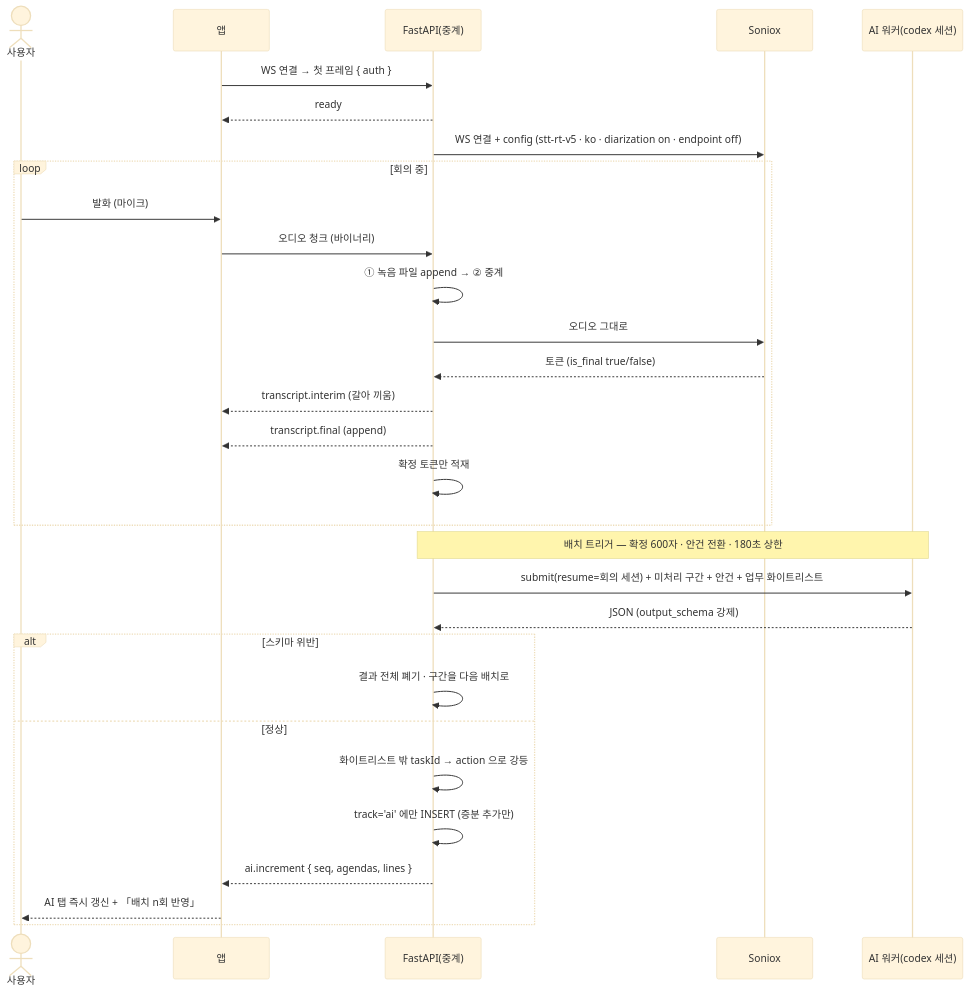
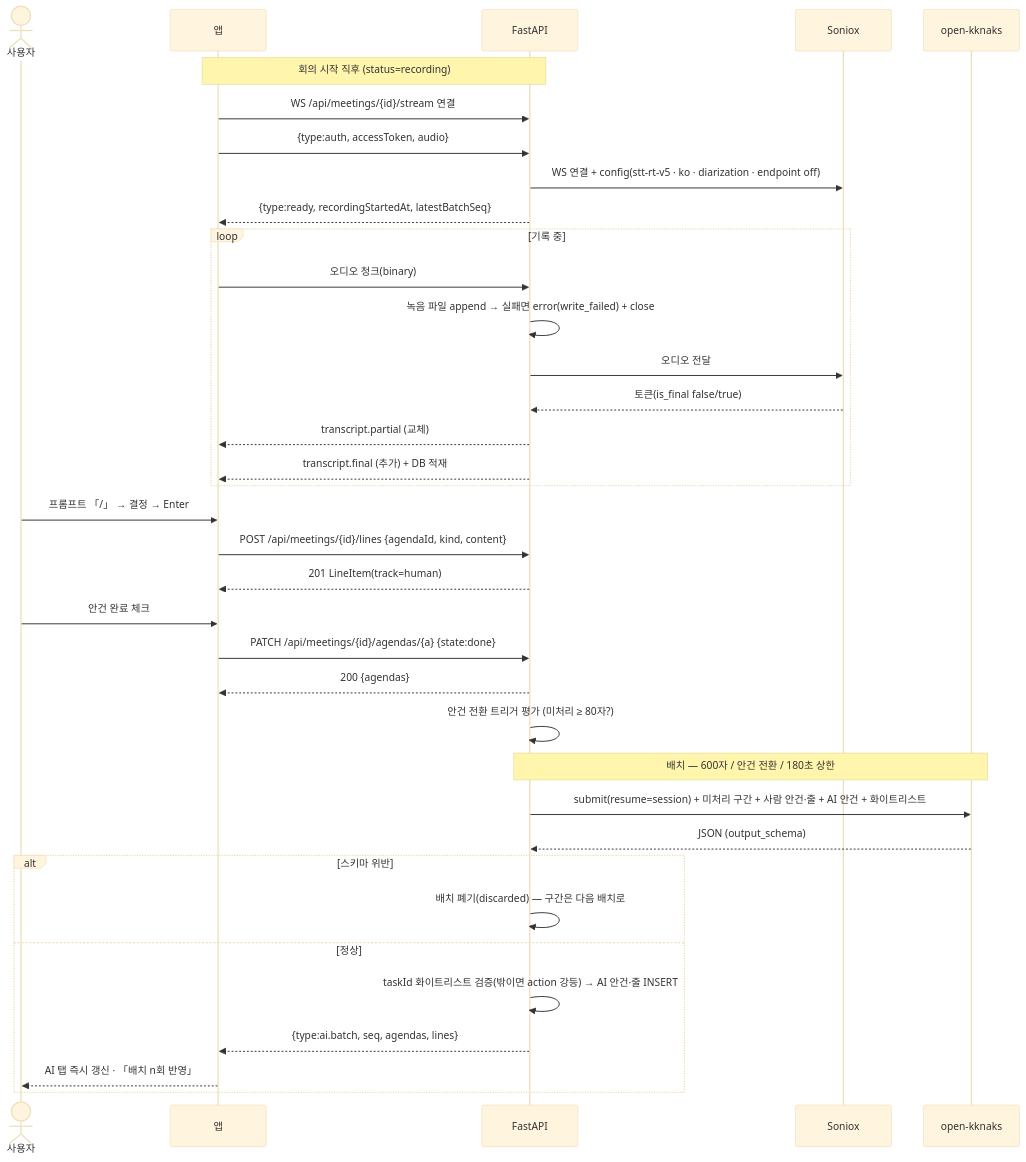
One commit to kknaks/kknaks_profile changed the first of 2 diagrams in para/projects/summer-star/task-management/20-spec/spec-007-meeting-live.md. Above: the diagram before and after it, drawn with Mermaid (base theme). The commit also changed other lines of this file and 14 other files, not shown here.

````diff
--- a/para/projects/summer-star/task-management/20-spec/spec-007-meeting-live.md
+++ b/para/projects/summer-star/task-management/20-spec/spec-007-meeting-live.md
@@ -309,35 +481,42 @@
 ```mermaid
 sequenceDiagram
     actor User as 사용자
     participant FE as 앱
-    participant BE as FastAPI(중계)
+    participant BE as FastAPI
     participant SX as Soniox
-    participant Q as AI 워커(codex 세션)
+    participant Q as open-kknaks
 
-    FE->>BE: WS 연결 → 첫 프레임 { auth }
-    BE-->>FE: ready
-    BE->>SX: WS 연결 + config (stt-rt-v5 · ko · diarization on · endpoint off)
-
-    loop 회의 중
-        User->>FE: 발화 (마이크)
-        FE->>BE: 오디오 청크 (바이너리)
-        BE->>BE: ① 녹음 파일 append → ② 중계
-        BE->>SX: 오디오 그대로
-        SX-->>BE: 토큰 (is_final true/false)
-        BE-->>FE: transcript.interim (갈아 끼움)
-        BE-->>FE: transcript.final (append)
-        BE->>BE: 확정 토큰만 적재
+    Note over FE,BE: 회의 시작 직후 (status=recording)
+    FE->>BE: WS /api/meetings/{id}/stream 연결
+    FE->>BE: {type:auth, accessToken, audio}
+    BE->>SX: WS 연결 + config(stt-rt-v5 · ko · diarization · endpoint off)
+    BE-->>FE: {type:ready, recordingStartedAt, latestBatchSeq}
+    loop 기록 중
+        FE->>BE: 오디오 청크(binary)
+        BE->>BE: 녹음 파일 append → 실패면 error(write_failed) + close
+        BE->>SX: 오디오 전달
+        SX-->>BE: 토큰(is_final false/true)
+        BE-->>FE: transcript.partial (교체)
+        BE-->>FE: transcript.final (추가) + DB 적재
     end
 
-    Note over BE,Q: 배치 트리거 — 확정 600자 · 안건 전환 · 180초 상한
-    BE->>Q: submit(resume=회의 세션) + 미처리 구간 + 안건 + 업무 화이트리스트
-    Q-->>BE: JSON (output_schema 강제)
+    User->>FE: 프롬프트 「/」 → 결정 → Enter
+    FE->>BE: POST /api/meetings/{id}/lines {agendaId, kind, content}
+    BE-->>FE: 201 LineItem(track=human)
+
+    User->>FE: 안건 완료 체크
+    FE->>BE: PATCH /api/meetings/{id}/agendas/{a} {state:done}
+    BE-->>FE: 200 {agendas}
+    BE->>BE: 안건 전환 트리거 평가 (미처리 ≥ 80자?)
+
+    Note over BE,Q: 배치 — 600자 / 안건 전환 / 180초 상한
+    BE->>Q: submit(resume=session) + 미처리 구간 + 사람 안건·줄 + AI 안건 + 화이트리스트
+    Q-->>BE: JSON (output_schema)
     alt 스키마 위반
-        BE->>BE: 결과 전체 폐기 · 구간을 다음 배치로
+        BE->>BE: 배치 폐기(discarded) — 구간은 다음 배치로
     else 정상
-        BE->>BE: 화이트리스트 밖 taskId → action 으로 강등
-        BE->>BE: track='ai' 에만 INSERT (증분 추가만)
-        BE-->>FE: ai.increment { seq, agendas, lines }
-        FE-->>User: AI 탭 즉시 갱신 + 「배치 n회 반영」
+        BE->>BE: taskId 화이트리스트 검증(밖이면 action 강등) → AI 안건·줄 INSERT
+        BE-->>FE: {type:ai.batch, seq, agendas, lines}
+        FE-->>User: AI 탭 즉시 갱신 · 「배치 n회 반영」
     end
 ```
````
